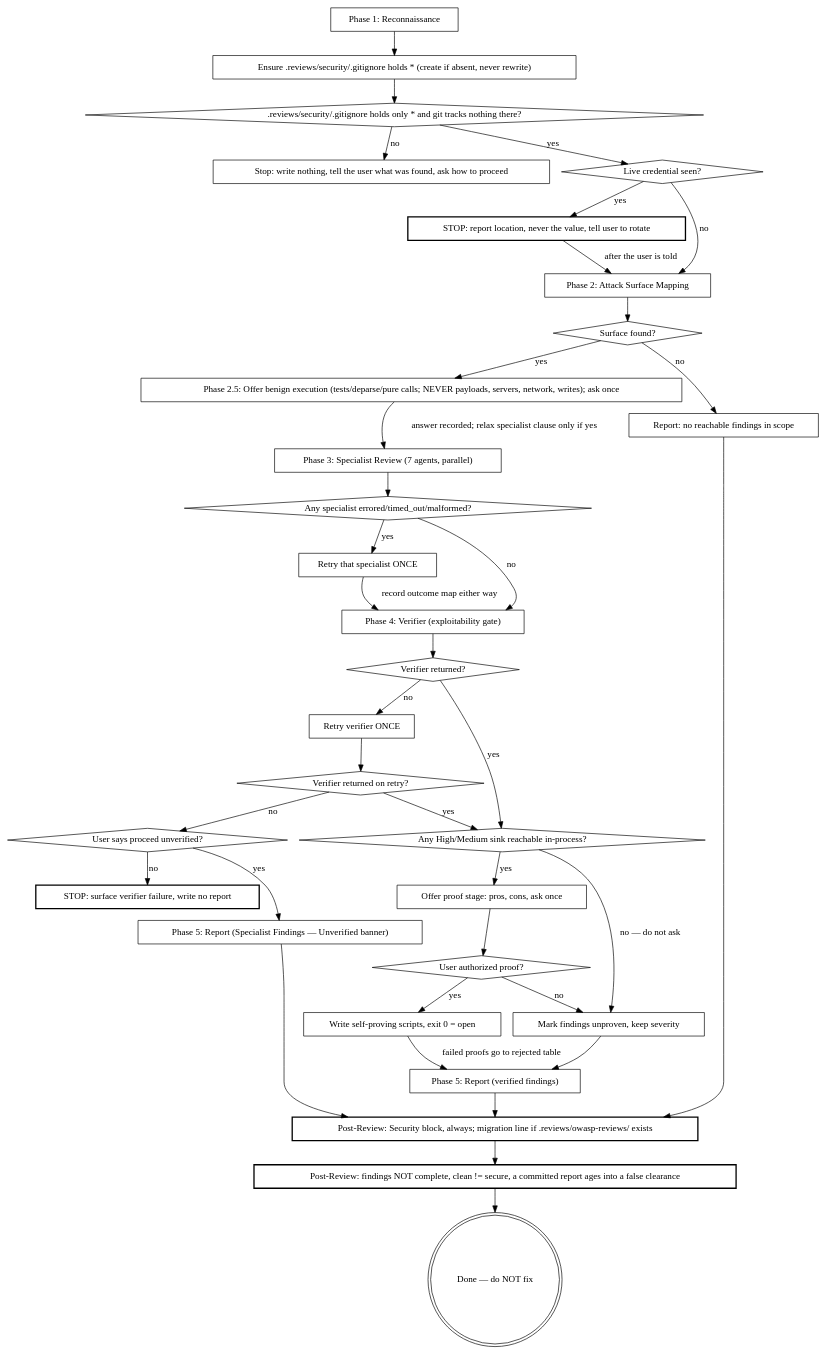
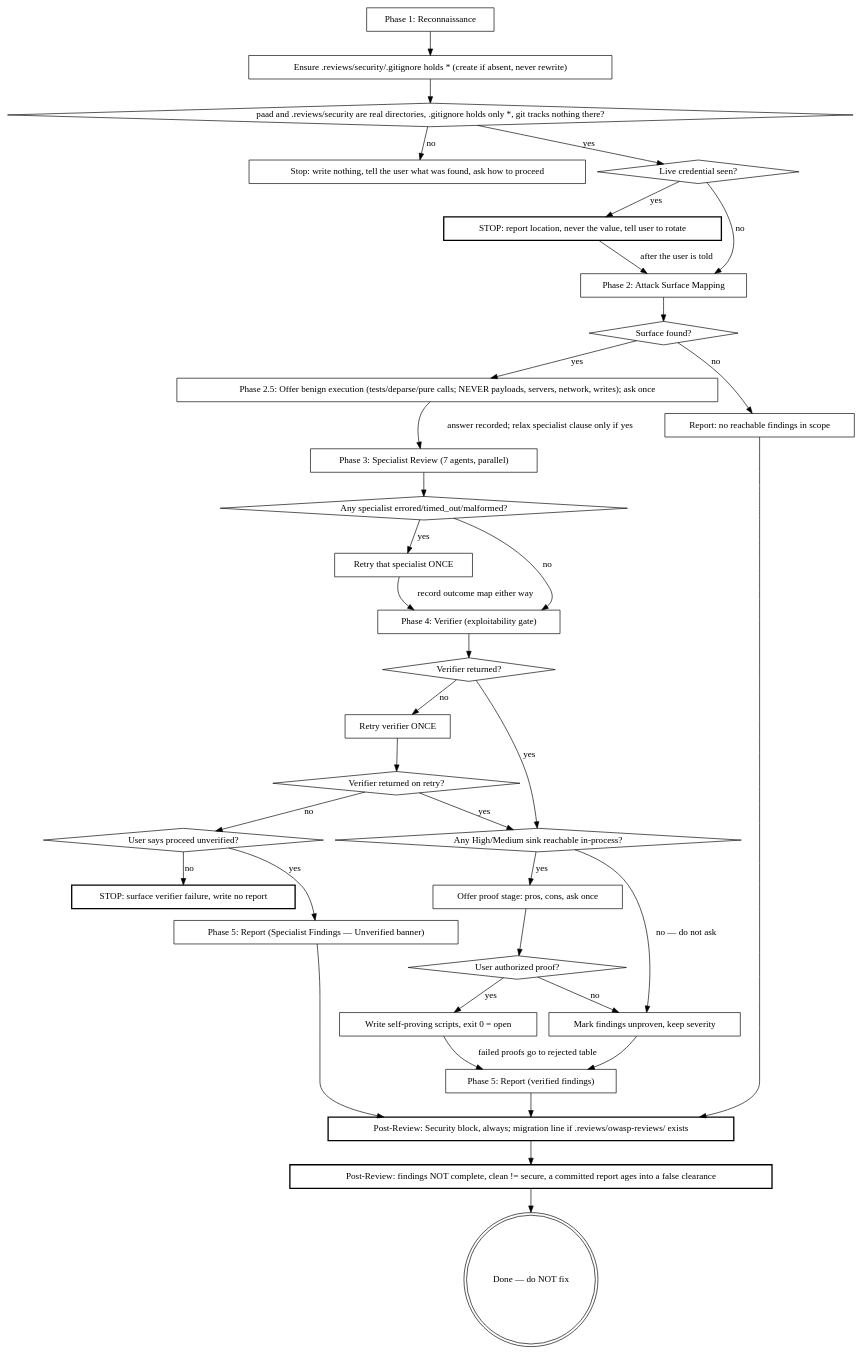
One commit to Ovid/paad changed the second of 3 diagrams in kiro_and_antigravity/skills/.kiro/skills/agentic-owasp/SKILL.md. Above: the diagram before and after it, drawn with Graphviz. The commit also changed other lines of this file and 51 other files, not shown here.

````diff
--- a/kiro_and_antigravity/skills/.kiro/skills/agentic-owasp/SKILL.md
+++ b/kiro_and_antigravity/skills/.kiro/skills/agentic-owasp/SKILL.md
@@ -97,69 +99,69 @@
 ```dot
 digraph session {
   "Phase 1: Reconnaissance" [shape=box];
   "Ensure .reviews/security/.gitignore holds * (create if absent, never rewrite)" [shape=box];
-  ".reviews/security/.gitignore holds only * and git tracks nothing there?" [shape=diamond];
+  "paad and .reviews/security are real directories, .gitignore holds only *, git tracks nothing there?" [shape=diamond];
   "Stop: write nothing, tell the user what was found, ask how to proceed" [shape=box];
   "Live credential seen?" [shape=diamond];
   "STOP: report location, never the value, tell user to rotate" [shape=box, style=bold];
   "Phase 2: Attack Surface Mapping" [shape=box];
   "Surface found?" [shape=diamond];
   "Phase 3: Specialist Review (7 agents, parallel)" [shape=box];
   "Any specialist errored/timed_out/malformed?" [shape=diamond];
   "Retry that specialist ONCE" [shape=box];
   "Phase 4: Verifier (exploitability gate)" [shape=box];
   "Verifier returned?" [shape=diamond];
   "Retry verifier ONCE" [shape=box];
   "Verifier returned on retry?" [shape=diamond];
   "User says proceed unverified?" [shape=diamond];
   "STOP: surface verifier failure, write no report" [shape=box, style=bold];
   "Phase 2.5: Offer benign execution (tests/deparse/pure calls; NEVER payloads, servers, network, writes); ask once" [shape=box];
   "Any High/Medium sink reachable in-process?" [shape=diamond];
   "Offer proof stage: pros, cons, ask once" [shape=box];
   "User authorized proof?" [shape=diamond];
   "Write self-proving scripts, exit 0 = open" [shape=box];
   "Mark findings unproven, keep severity" [shape=box];
   "Phase 5: Report (verified findings)" [shape=box];
   "Phase 5: Report (Specialist Findings — Unverified banner)" [shape=box];
   "Report: no reachable findings in scope" [shape=box];
   "Post-Review: Security block, always; migration line if .reviews/owasp-reviews/ exists" [shape=box, style=bold];
   "Post-Review: findings NOT complete, clean != secure, a committed report ages into a false clearance" [shape=box, style=bold];
   "Done — do NOT fix" [shape=doublecircle];
 
   "Phase 1: Reconnaissance" -> "Ensure .reviews/security/.gitignore holds * (create if absent, never rewrite)";
-  "Ensure .reviews/security/.gitignore holds * (create if absent, never rewrite)" -> ".reviews/security/.gitignore holds only * and git tracks nothing there?";
-  ".reviews/security/.gitignore holds only * and git tracks nothing there?" -> "Live credential seen?" [label="yes"];
-  ".reviews/security/.gitignore holds only * and git tracks nothing there?" -> "Stop: write nothing, tell the user what was found, ask how to proceed" [label="no"];
+  "Ensure .reviews/security/.gitignore holds * (create if absent, never rewrite)" -> "paad and .reviews/security are real directories, .gitignore holds only *, git tracks nothing there?";
+  "paad and .reviews/security are real directories, .gitignore holds only *, git tracks nothing there?" -> "Live credential seen?" [label="yes"];
+  "paad and .reviews/security are real directories, .gitignore holds only *, git tracks nothing there?" -> "Stop: write nothing, tell the user what was found, ask how to proceed" [label="no"];
   "Live credential seen?" -> "STOP: report location, never the value, tell user to rotate" [label="yes"];
   "STOP: report location, never the value, tell user to rotate" -> "Phase 2: Attack Surface Mapping" [label="after the user is told"];
   "Live credential seen?" -> "Phase 2: Attack Surface Mapping" [label="no"];
   "Phase 2: Attack Surface Mapping" -> "Surface found?";
   "Surface found?" -> "Report: no reachable findings in scope" [label="no"];
   "Surface found?" -> "Phase 2.5: Offer benign execution (tests/deparse/pure calls; NEVER payloads, servers, network, writes); ask once" [label="yes"];
   "Phase 2.5: Offer benign execution (tests/deparse/pure calls; NEVER payloads, servers, network, writes); ask once" -> "Phase 3: Specialist Review (7 agents, parallel)" [label="answer recorded; relax specialist clause only if yes"];
   "Phase 3: Specialist Review (7 agents, parallel)" -> "Any specialist errored/timed_out/malformed?";
   "Any specialist errored/timed_out/malformed?" -> "Retry that specialist ONCE" [label="yes"];
   "Retry that specialist ONCE" -> "Phase 4: Verifier (exploitability gate)" [label="record outcome map either way"];
   "Any specialist errored/timed_out/malformed?" -> "Phase 4: Verifier (exploitability gate)" [label="no"];
   "Phase 4: Verifier (exploitability gate)" -> "Verifier returned?";
   "Verifier returned?" -> "Any High/Medium sink reachable in-process?" [label="yes"];
   "Verifier returned?" -> "Retry verifier ONCE" [label="no"];
   "Retry verifier ONCE" -> "Verifier returned on retry?";
   "Verifier returned on retry?" -> "Any High/Medium sink reachable in-process?" [label="yes"];
   "Verifier returned on retry?" -> "User says proceed unverified?" [label="no"];
   "User says proceed unverified?" -> "Phase 5: Report (Specialist Findings — Unverified banner)" [label="yes"];
   "User says proceed unverified?" -> "STOP: surface verifier failure, write no report" [label="no"];
   "Any High/Medium sink reachable in-process?" -> "Offer proof stage: pros, cons, ask once" [label="yes"];
   "Any High/Medium sink reachable in-process?" -> "Mark findings unproven, keep severity" [label="no — do not ask"];
   "Offer proof stage: pros, cons, ask once" -> "User authorized proof?";
   "User authorized proof?" -> "Write self-proving scripts, exit 0 = open" [label="yes"];
   "User authorized proof?" -> "Mark findings unproven, keep severity" [label="no"];
   "Write self-proving scripts, exit 0 = open" -> "Phase 5: Report (verified findings)" [label="failed proofs go to rejected table"];
   "Mark findings unproven, keep severity" -> "Phase 5: Report (verified findings)";
   "Report: no reachable findings in scope" -> "Post-Review: Security block, always; migration line if .reviews/owasp-reviews/ exists";
   "Phase 5: Report (verified findings)" -> "Post-Review: Security block, always; migration line if .reviews/owasp-reviews/ exists";
   "Phase 5: Report (Specialist Findings — Unverified banner)" -> "Post-Review: Security block, always; migration line if .reviews/owasp-reviews/ exists";
   "Post-Review: Security block, always; migration line if .reviews/owasp-reviews/ exists" -> "Post-Review: findings NOT complete, clean != secure, a committed report ages into a false clearance";
   "Post-Review: findings NOT complete, clean != secure, a committed report ages into a false clearance" -> "Done — do NOT fix";
 }
 ```
````
